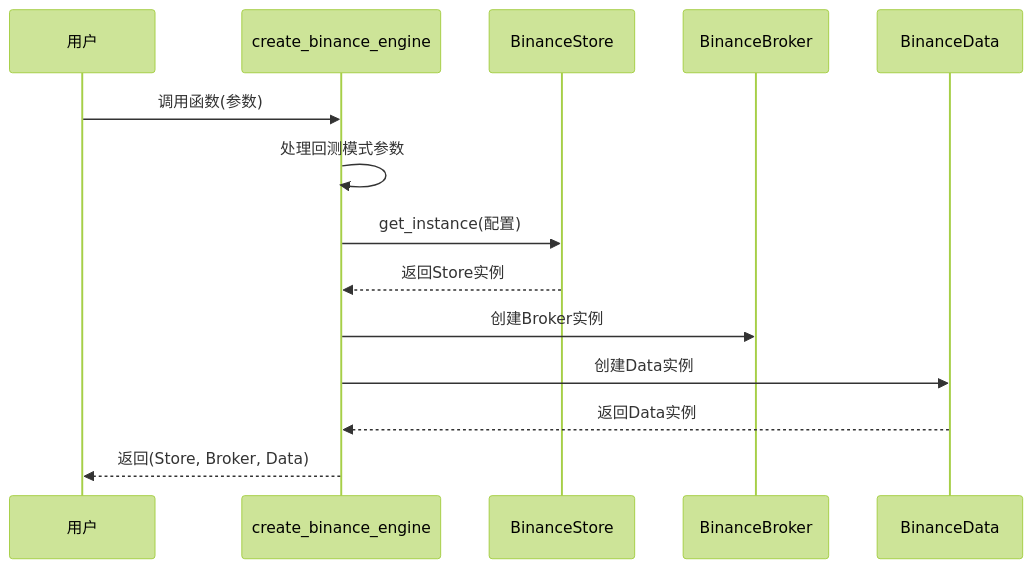
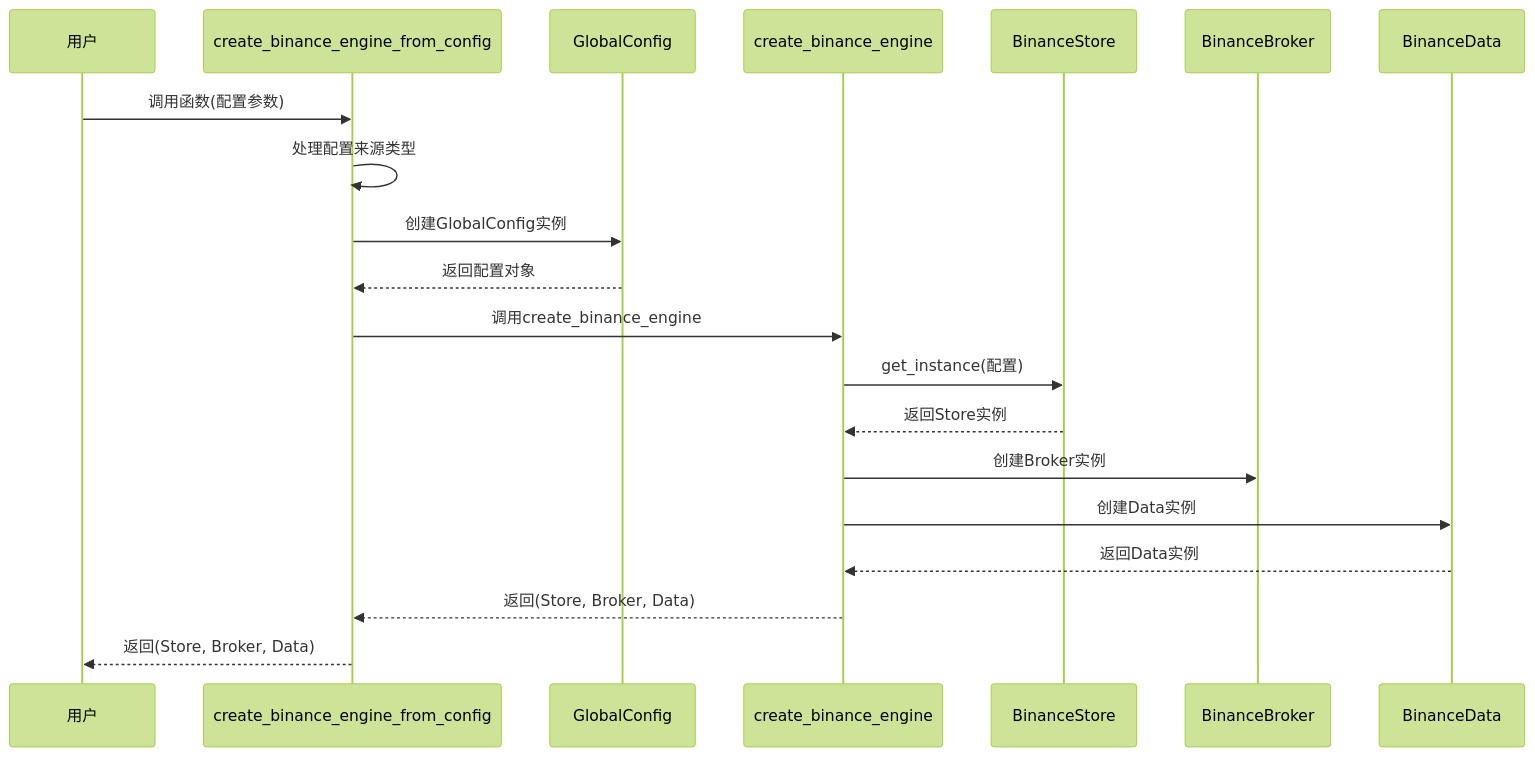
The fourth of 6 diagrams in .qoder/repowiki/zh/content/实盘交易模块/Binance交易所集成/Binance交易所集成.md (bench-prog/backtrader), drawn with Mermaid (forest theme) before and after one commit. The commit also changed other lines of this file and 4 other files, not shown here.

````diff
--- a/.qoder/repowiki/zh/content/实盘交易模块/Binance交易所集成/Binance交易所集成.md
+++ b/.qoder/repowiki/zh/content/实盘交易模块/Binance交易所集成/Binance交易所集成.md
@@ -246,16 +260,22 @@
 ```mermaid
 sequenceDiagram
 participant User as 用户
-participant Factory as create_binance_engine
+participant Factory as create_binance_engine_from_config
+participant Config as GlobalConfig
+participant Engine as create_binance_engine
 participant Store as BinanceStore
 participant Broker as BinanceBroker
 participant Data as BinanceData
-User->>Factory : 调用函数(参数)
-Factory->>Factory : 处理回测模式参数
-Factory->>Store : get_instance(配置)
-Store-->>Factory : 返回Store实例
-Factory->>Broker : 创建Broker实例
-Factory->>Data : 创建Data实例
-Data-->>Factory : 返回Data实例
+User->>Factory : 调用函数(配置参数)
+Factory->>Factory : 处理配置来源类型
+Factory->>Config : 创建GlobalConfig实例
+Config-->>Factory : 返回配置对象
+Factory->>Engine : 调用create_binance_engine
+Engine->>Store : get_instance(配置)
+Store-->>Engine : 返回Store实例
+Engine->>Broker : 创建Broker实例
+Engine->>Data : 创建Data实例
+Data-->>Engine : 返回Data实例
+Engine-->>Factory : 返回(Store, Broker, Data)
 Factory-->>User : 返回(Store, Broker, Data)
 ```
````
